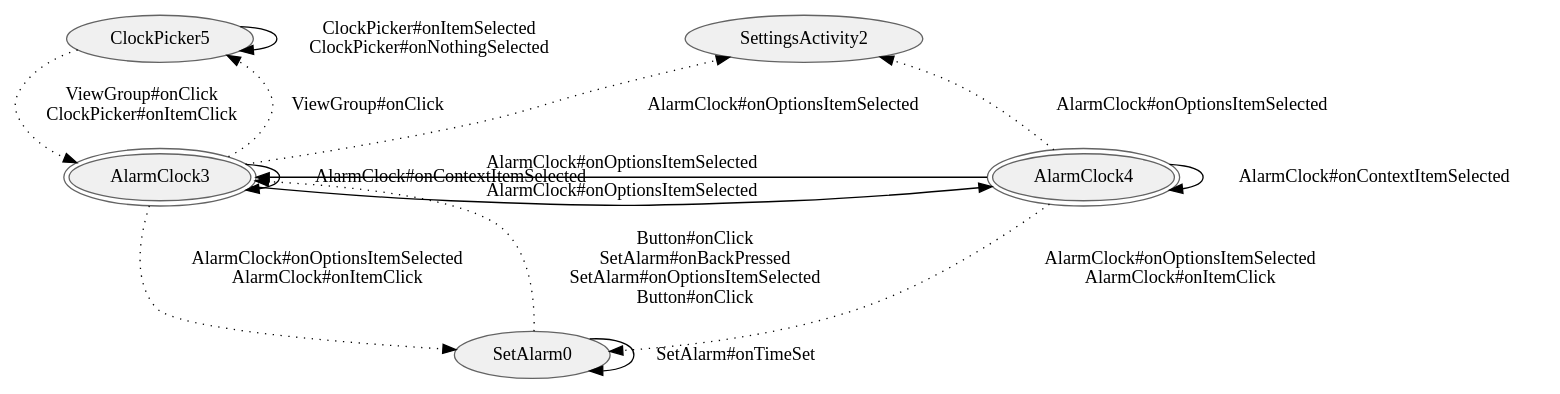
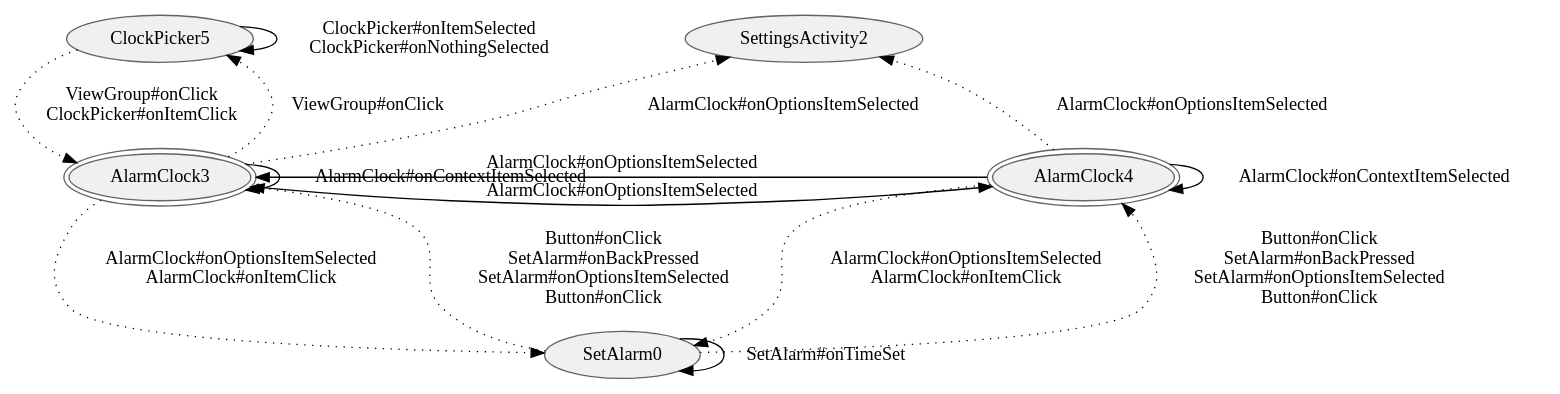
One commit to hans89/astparser changed the diagram in graphviz/AlarmClock.android-2.2.3_r2.1.gv. Above: the diagram before and after it, drawn with Graphviz. The commit also changed 24 other files, not shown here.

```diff
--- a/graphviz/AlarmClock.android-2.2.3_r2.1.gv
+++ b/graphviz/AlarmClock.android-2.2.3_r2.1.gv
@@ -1,45 +1,45 @@
 digraph {
 fontname="Helvetica";
 node[style="filled,solid", colorscheme=greys3, fillcolor=1, color=3];
 
 SetAlarm0;
 AlarmClock3[peripheries=2];
 AlarmClock4[peripheries=2];
 ClockPicker5;
 
 SettingsActivity2;
 
 
 SetAlarm0 -> SetAlarm0[label="SetAlarm#onTimeSet"];
 
-SetAlarm0 -> AlarmClock3[label="Button#onClick
+SetAlarm0 -> AlarmClock3, AlarmClock4[label="Button#onClick
 SetAlarm#onBackPressed
 SetAlarm#onOptionsItemSelected
 Button#onClick",style=dotted];
 
 
 AlarmClock4 -> SetAlarm0[label="AlarmClock#onOptionsItemSelected
 AlarmClock#onItemClick",style=dotted];
 AlarmClock4 -> AlarmClock4[label="AlarmClock#onContextItemSelected"];
 AlarmClock4 -> SettingsActivity2[label="AlarmClock#onOptionsItemSelected",style=dotted];
 
 AlarmClock4 -> AlarmClock3[label="AlarmClock#onOptionsItemSelected"];
 AlarmClock3 -> AlarmClock4[label="AlarmClock#onOptionsItemSelected"];
 
 AlarmClock3 -> SetAlarm0[label="AlarmClock#onOptionsItemSelected
 AlarmClock#onItemClick",style=dotted];
 AlarmClock3 -> AlarmClock3[label="AlarmClock#onContextItemSelected"];
 AlarmClock3 -> ClockPicker5[label="ViewGroup#onClick",style=dotted];
 AlarmClock3 -> SettingsActivity2[label="AlarmClock#onOptionsItemSelected",style=dotted];
 ClockPicker5 -> AlarmClock3[label="ViewGroup#onClick
 ClockPicker#onItemClick",style=dotted];
 
 
 ClockPicker5 -> ClockPicker5[label="ClockPicker#onItemSelected
 ClockPicker#onNothingSelected"];
 
 
 {rank=min;  SettingsActivity2 ClockPicker5}
 {rank=same; AlarmClock3 AlarmClock4}
 {rank=max;  SetAlarm0}
 }
```
